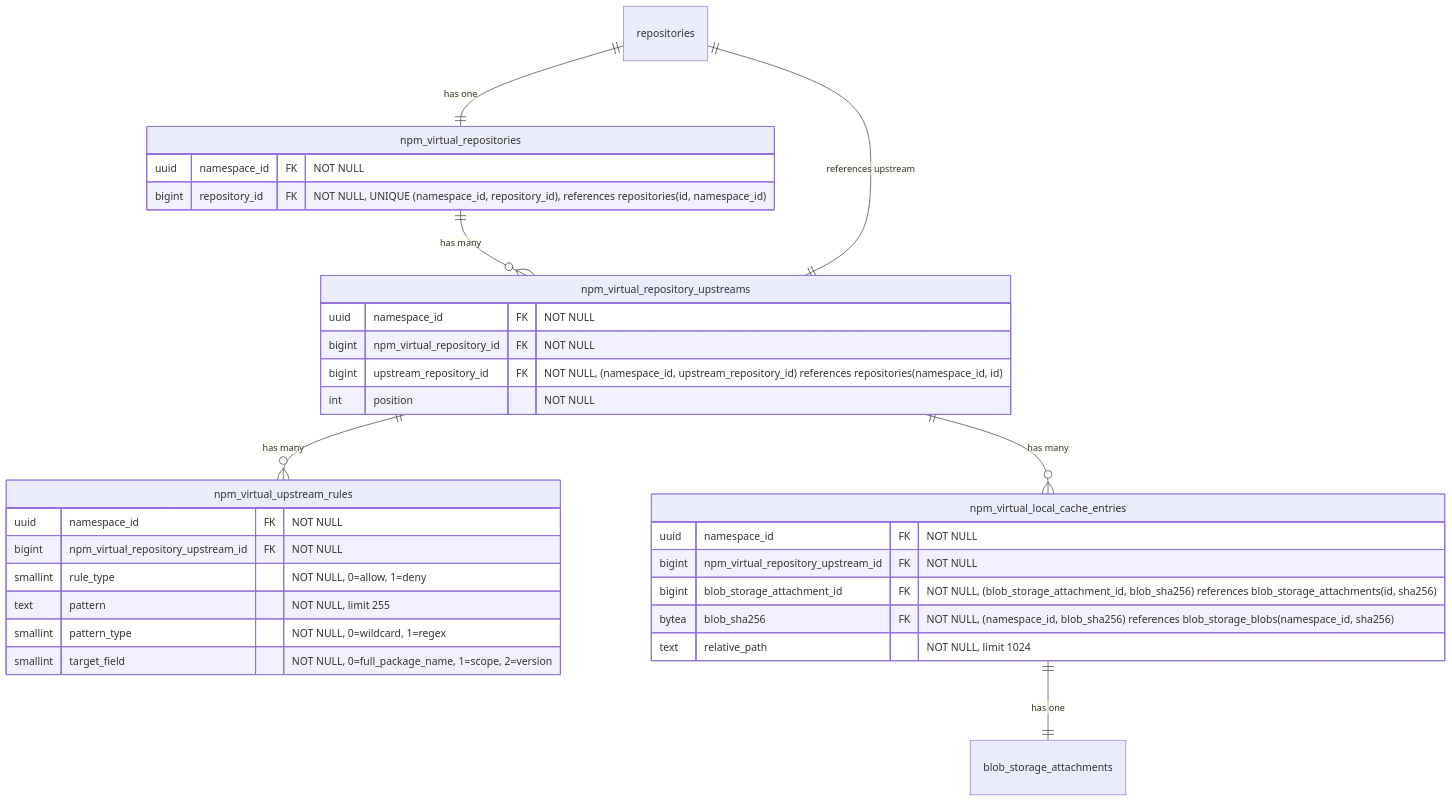
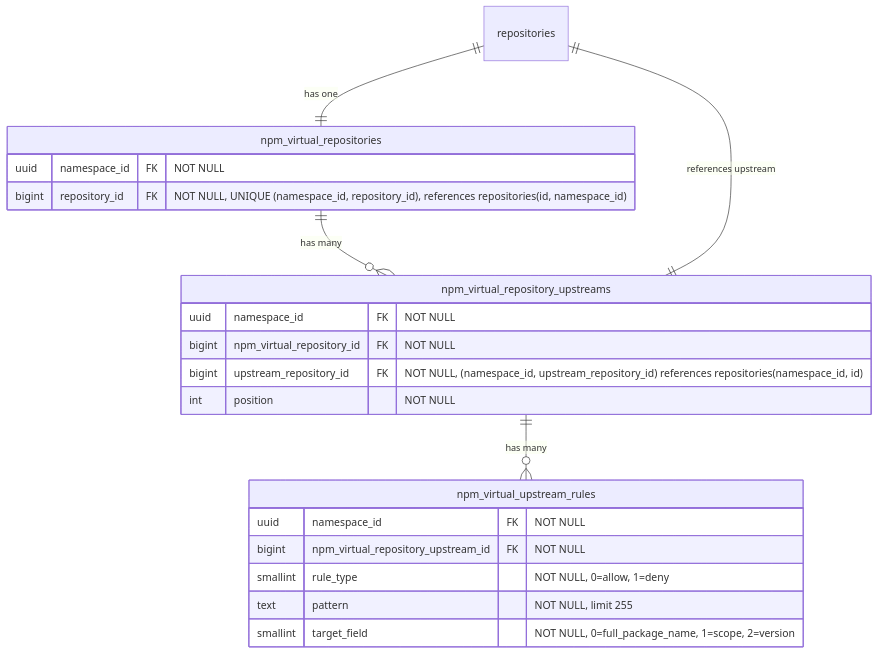
One commit to kyama0/gitlab-handbook-ja changed diagram 15 of 19 in content/handbook/engineering/architecture/design-documents/artifact_registry/decisions/007_database_schema.md. Above: the diagram before and after it, drawn with Mermaid. The commit also changed other lines of this file and 1 other file, not shown here.

First line of the commit message:
translation: batch 2026-05-18-1 part 2 (ADR-007 database schema)

````diff
--- a/content/handbook/engineering/architecture/design-documents/artifact_registry/decisions/007_database_schema.md
+++ b/content/handbook/engineering/architecture/design-documents/artifact_registry/decisions/007_database_schema.md
@@ -1080,38 +1241,27 @@
 ```mermaid
 erDiagram
     repositories ||--|| npm_virtual_repositories : "has one"
     npm_virtual_repositories ||--o{ npm_virtual_repository_upstreams : "has many"
     npm_virtual_repository_upstreams ||--|| repositories : "references upstream"
     npm_virtual_repository_upstreams ||--o{ npm_virtual_upstream_rules : "has many"
-    npm_virtual_repository_upstreams ||--o{ npm_virtual_local_cache_entries : "has many"
-    npm_virtual_local_cache_entries ||--|| blob_storage_attachments : "has one"
 
     npm_virtual_repositories {
         uuid namespace_id FK "NOT NULL"
         bigint repository_id FK "NOT NULL, UNIQUE (namespace_id, repository_id), references repositories(id, namespace_id)"
     }
 
     npm_virtual_repository_upstreams {
         uuid namespace_id FK "NOT NULL"
         bigint npm_virtual_repository_id FK "NOT NULL"
         bigint upstream_repository_id FK "NOT NULL, (namespace_id, upstream_repository_id) references repositories(namespace_id, id)"
         int position "NOT NULL"
     }
 
     npm_virtual_upstream_rules {
         uuid namespace_id FK "NOT NULL"
         bigint npm_virtual_repository_upstream_id FK "NOT NULL"
         smallint rule_type "NOT NULL, 0=allow, 1=deny"
         text pattern "NOT NULL, limit 255"
-        smallint pattern_type "NOT NULL, 0=wildcard, 1=regex"
         smallint target_field "NOT NULL, 0=full_package_name, 1=scope, 2=version"
     }
-
-    npm_virtual_local_cache_entries {
-        uuid namespace_id FK "NOT NULL"
-        bigint npm_virtual_repository_upstream_id FK "NOT NULL"
-        bigint blob_storage_attachment_id FK "NOT NULL, (blob_storage_attachment_id, blob_sha256) references blob_storage_attachments(id, sha256)"
-        bytea blob_sha256 FK "NOT NULL, (namespace_id, blob_sha256) references blob_storage_blobs(namespace_id, sha256)"
-        text relative_path "NOT NULL, limit 1024"
-    }
 ```
````
